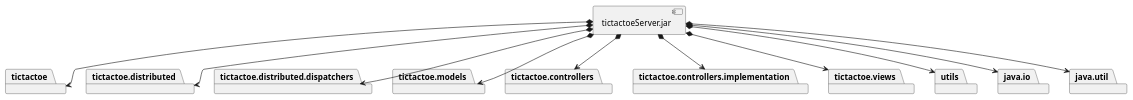
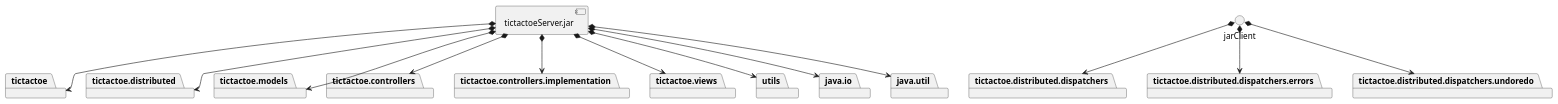
One commit to x-USantaTecla-game-ticTacToe/java changed the fifth of 6 diagrams in docs/src/docs/asciidoc/index.adoc. Above: the diagram before and after it, drawn with PlantUML. The commit also changed other lines of this file and 5 other files, not shown here.

```diff
--- a/docs/src/docs/asciidoc/index.adoc
+++ b/docs/src/docs/asciidoc/index.adoc
@@ -1235,37 +1244,43 @@
 [plantuml,diagramaImplementacionServer,svg]
 ....
 
 package "  "  as tictactoe {
 }
 package "  "  as tictactoe.distributed {
 }
 package "  "  as tictactoe.distributed.dispatchers {
+}
+package "  "  as tictactoe.distributed.dispatchers.errors {
+}
+package "  "  as tictactoe.distributed.dispatchers.undoredo {
 }
 package "  "  as tictactoe.models {
 }
 package "  "  as tictactoe.controllers {
 }
 package "  "  as tictactoe.controllers.implementation {
 }
 package "  "  as tictactoe.views {
 }
 package "  "  as utils {
 }
 package "  "  as java.io {
 }
 package "  "  as java.util {
 }
 
 [tictactoeServer.jar] as jarServer
 
 jarServer *--> tictactoe
 jarServer *--> tictactoe.distributed
-jarServer *--> tictactoe.distributed.dispatchers
+jarClient *--> tictactoe.distributed.dispatchers
+jarClient *--> tictactoe.distributed.dispatchers.errors
+jarClient *--> tictactoe.distributed.dispatchers.undoredo
 jarServer *--> tictactoe.models
 jarServer *--> tictactoe.controllers
 jarServer *--> tictactoe.controllers.implementation
 jarServer *--> tictactoe.views
 jarServer *--> utils
 jarServer *--> java.io
 jarServer *--> java.util
 ....
```
